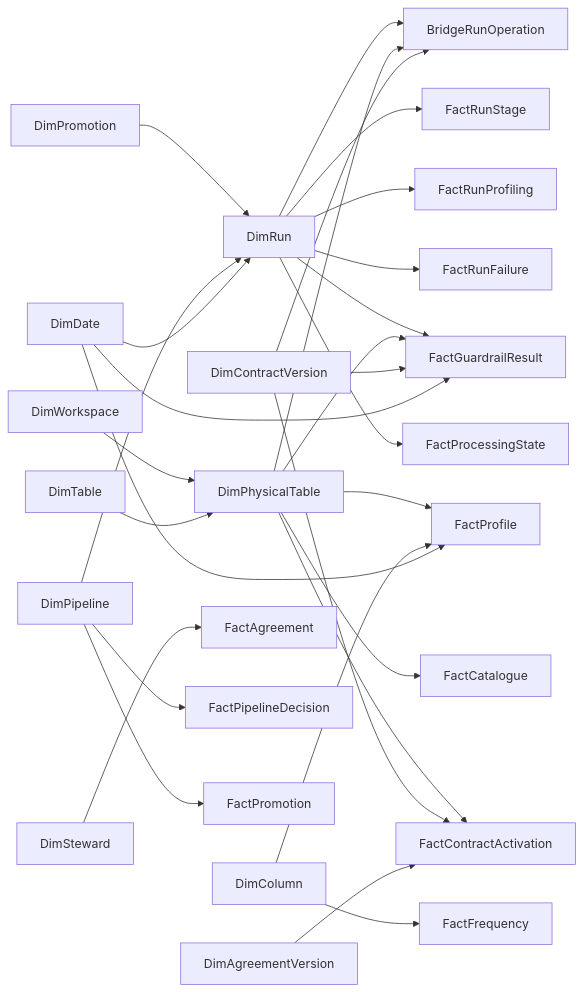
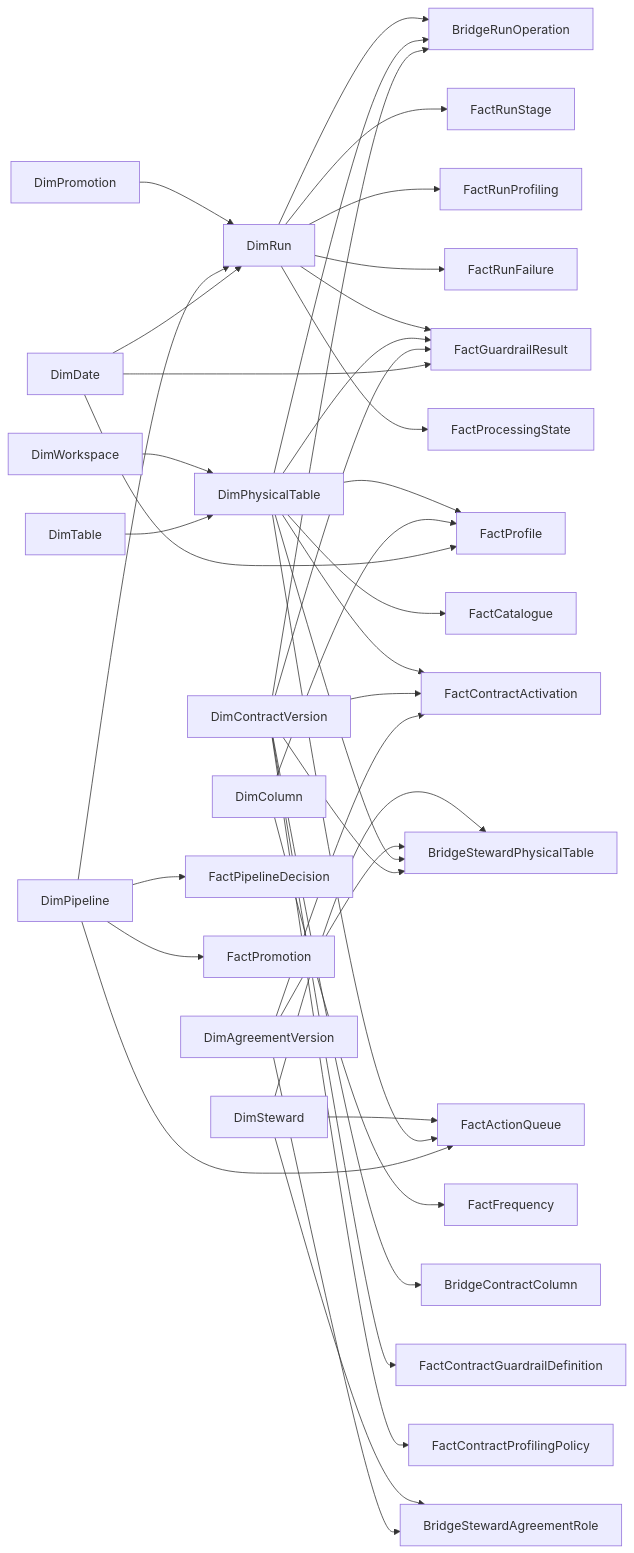
The diagram in docs/maintainer/power-bi-report-design.md (Voycepeh/FabricOps-Starter-Kit), drawn with Mermaid before and after one commit. The commit also changed other lines of this file, not shown here.

Commit message:
docs: make Power BI design steward actionable

````diff
--- a/docs/maintainer/power-bi-report-design.md
+++ b/docs/maintainer/power-bi-report-design.md
@@ -238,43 +335,54 @@
 ```mermaid
 flowchart LR
   Date[DimDate]
   Workspace[DimWorkspace]
   Table[DimTable]
   Physical[DimPhysicalTable]
   Column[DimColumn]
   Pipeline[DimPipeline]
   Contract[DimContractVersion]
   Agreement[DimAgreementVersion]
   Steward[DimSteward]
   Promotion[DimPromotion]
   Run[DimRun]
 
   Workspace --> Physical
   Table --> Physical
   Physical --> Catalogue[FactCatalogue]
   Physical --> Profile[FactProfile]
   Column --> Profile
   Column --> Frequency[FactFrequency]
   Physical --> ContractActivation[FactContractActivation]
   Contract --> ContractActivation
   Agreement --> ContractActivation
-  Steward --> AgreementFact[FactAgreement]
+  Steward --> StewardAgreement[BridgeStewardAgreementRole]
+  Agreement --> StewardAgreement
+  Steward --> StewardTable[BridgeStewardPhysicalTable]
+  Agreement --> StewardTable
+  Physical --> StewardTable
+  Contract --> StewardTable
+  Contract --> ContractColumn[BridgeContractColumn]
+  Contract --> GuardrailDefinition[FactContractGuardrailDefinition]
+  Contract --> ProfilePolicy[FactContractProfilingPolicy]
 
   Pipeline --> Decision[FactPipelineDecision]
   Pipeline --> PromotionFact[FactPromotion]
   Promotion --> Run
   Pipeline --> Run
   Run --> Operation[BridgeRunOperation]
   Run --> Stage[FactRunStage]
   Run --> RunProfile[FactRunProfiling]
   Run --> Failure[FactRunFailure]
   Run --> Guardrail[FactGuardrailResult]
   Run --> State[FactProcessingState]
   Physical --> Operation
   Contract --> Operation
   Physical --> Guardrail
   Contract --> Guardrail
   Date --> Run
   Date --> Guardrail
   Date --> Profile
+  Steward --> Action[FactActionQueue]
+  Physical --> Action
+  Pipeline --> Action
 ```
````
